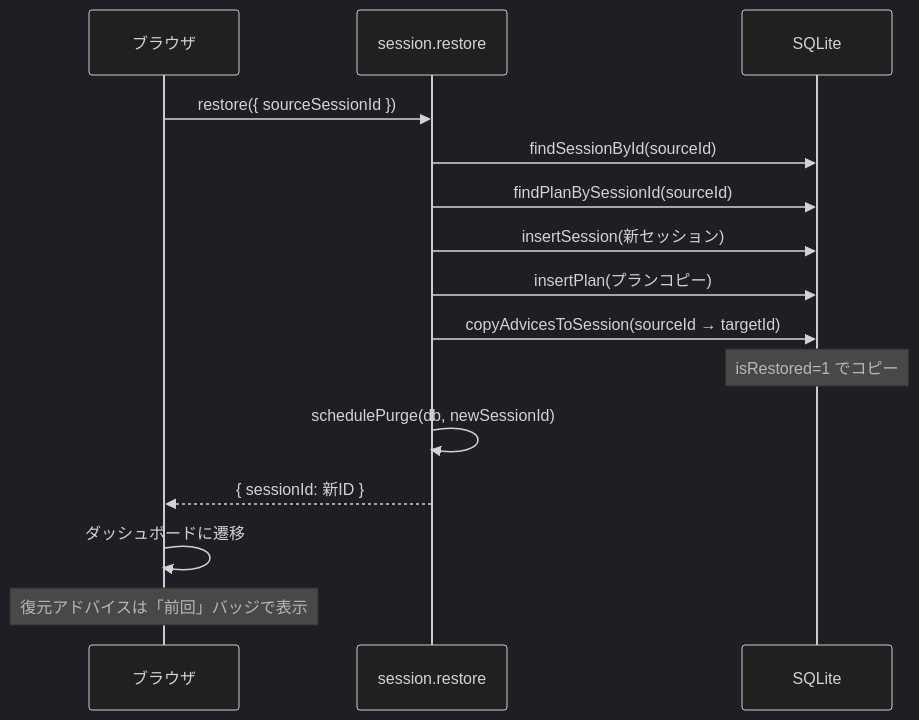
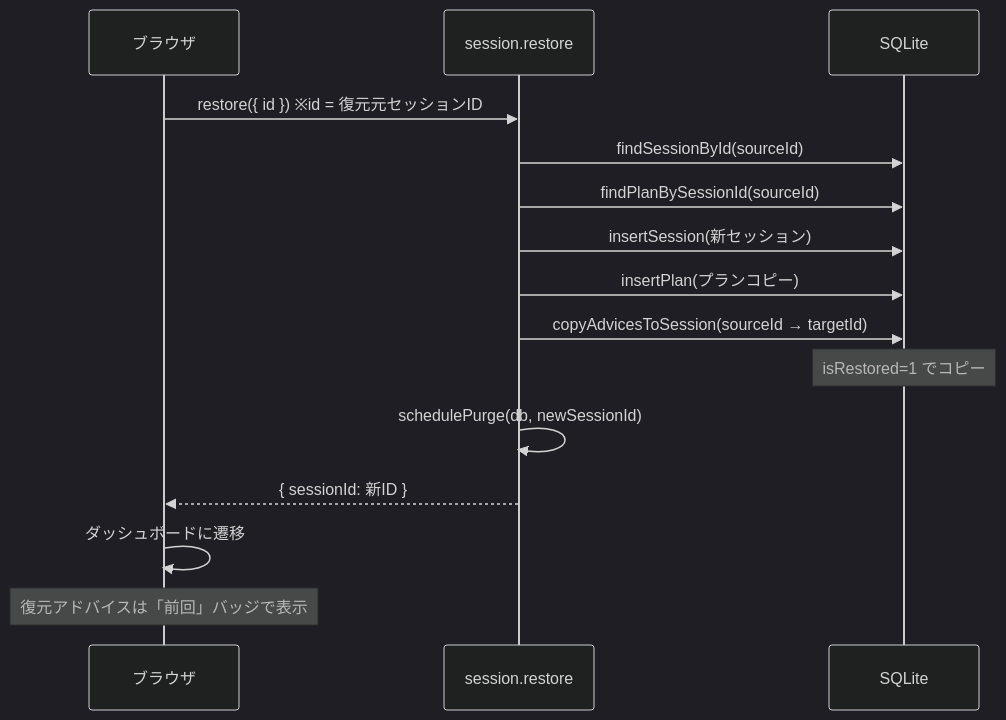
One commit to yukaorange/dcc_suport changed diagram 28 of 30 in docs/architecture.md. Above: the diagram before and after it, drawn with Mermaid (dark theme). The commit also changed other lines of this file and 12 other files, not shown here.

Commit message:
chore(docs): アーキテクチャ図の更新とIllustrator/Photoshopスキルの追加

````diff
--- a/docs/architecture.md
+++ b/docs/architecture.md
@@ -977,18 +1004,18 @@
 ```mermaid
 sequenceDiagram
     participant UI as ブラウザ
     participant API as session.restore
     participant DB as SQLite
 
-    UI->>API: restore({ sourceSessionId })
+    UI->>API: restore({ id })  ※id = 復元元セッションID
     API->>DB: findSessionById(sourceId)
     API->>DB: findPlanBySessionId(sourceId)
     API->>DB: insertSession(新セッション)
     API->>DB: insertPlan(プランコピー)
     API->>DB: copyAdvicesToSession(sourceId → targetId)
     Note over DB: isRestored=1 でコピー
     API->>API: schedulePurge(db, newSessionId)
     API-->>UI: { sessionId: 新ID }
     UI->>UI: ダッシュボードに遷移
     Note over UI: 復元アドバイスは「前回」バッジで表示
 ```
````
